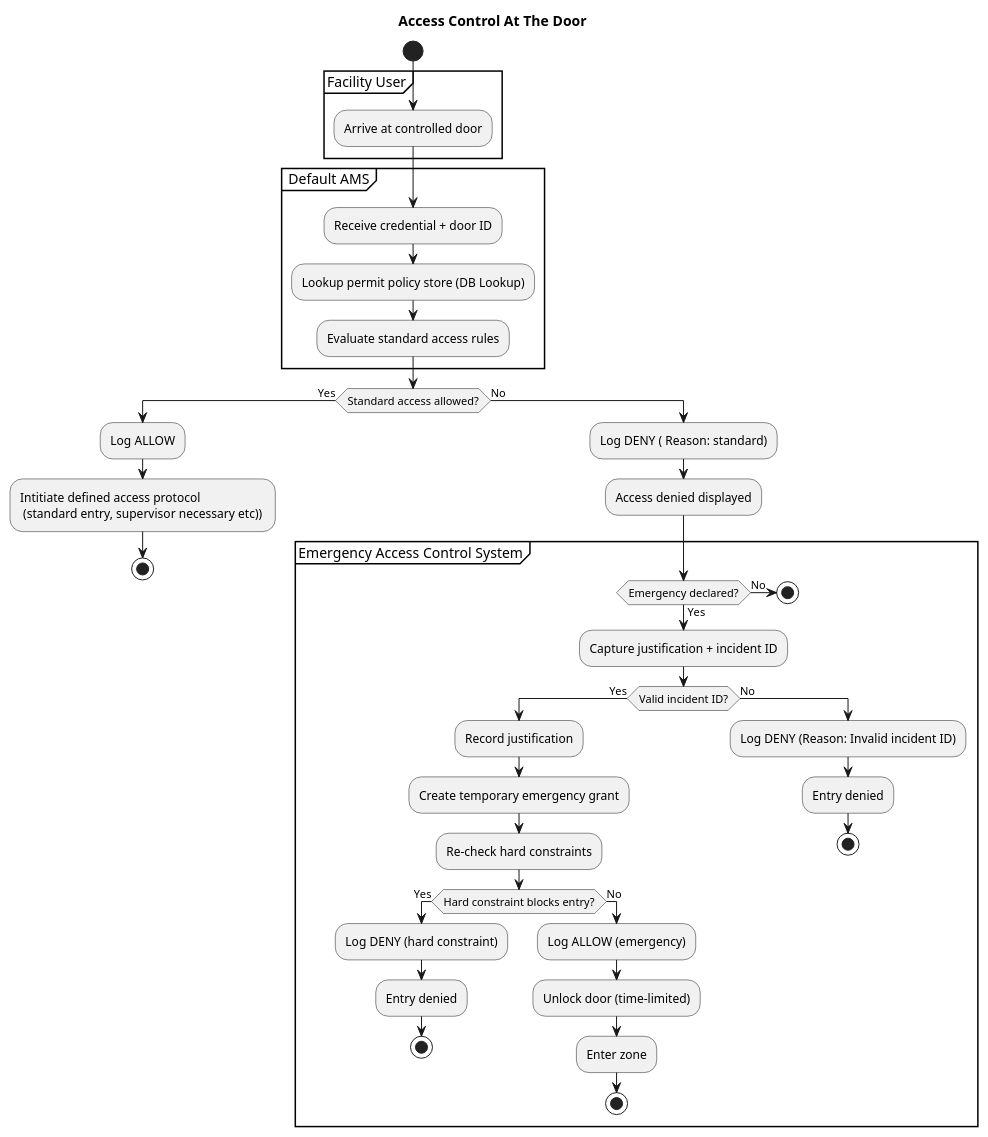
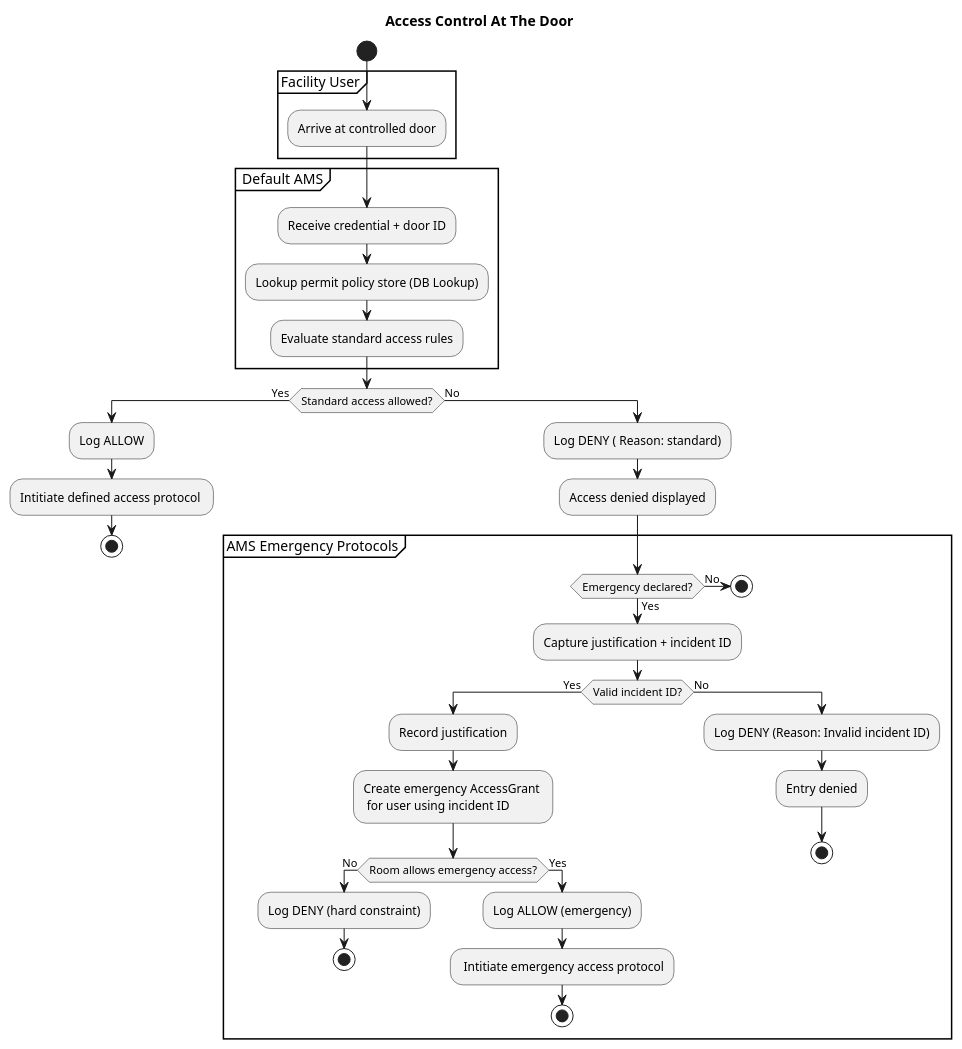
The diagram in activityDiagram.puml (AsadYezdan-School/IOT542AccessControl), drawn with PlantUML before and after one commit. The commit also changed 1 other file, not shown here.

Commit message:
cleaned up activity diagra, refer to obsidian notes to see what needs changes in the class diagram + think ab what other diagram to draw, bc the usecase one isnt really conveying anything useful

```diff
--- a/activityDiagram.puml
+++ b/activityDiagram.puml
@@ -1,60 +1,57 @@
 @startuml
 start
 !pragma useVerticalIf on
 skinparam linetype ortho
 skinparam shadowing false
 
 title Access Control At The Door
 
 partition "Facility User" {
   :Arrive at controlled door;
 }
 
 partition " Default AMS" {
   :Receive credential + door ID;
   :Lookup permit policy store (DB Lookup);
   :Evaluate standard access rules;
 
 }
 
 if (Standard access allowed?) then (Yes)
   :Log ALLOW;
-  :Intitiate defined access protocol \n (standard entry, supervisor necessary etc)) ;
+  :Intitiate defined access protocol ;
   stop
 else (No)
   :Log DENY ( Reason: standard);
   :Access denied displayed;
-  partition "Emergency Access Control System"{
+  partition "AMS Emergency Protocols"{
   if (Emergency declared?) then (Yes)
     :Capture justification + incident ID;
 
     if (Valid incident ID?) then (Yes)
       :Record justification;
-      :Create temporary emergency grant;
-      :Re-check hard constraints;
+      :Create emergency AccessGrant \n for user using incident ID;
 
-      if (Hard constraint blocks entry?) then (Yes)
+      if (Room allows emergency access?) then (No)
         :Log DENY (hard constraint);
-        :Entry denied;
         stop
-      else (No)
+      else (Yes)
         :Log ALLOW (emergency);
-        :Unlock door (time-limited);
-        :Enter zone;
+        : Intitiate emergency access protocol;
         stop
       endif
 
 
     else (No)
       :Log DENY (Reason: Invalid incident ID);
       :Entry denied;
       stop
     endif
 
   else (No)
     stop
   endif
   }
 endif
 
 @enduml
```
